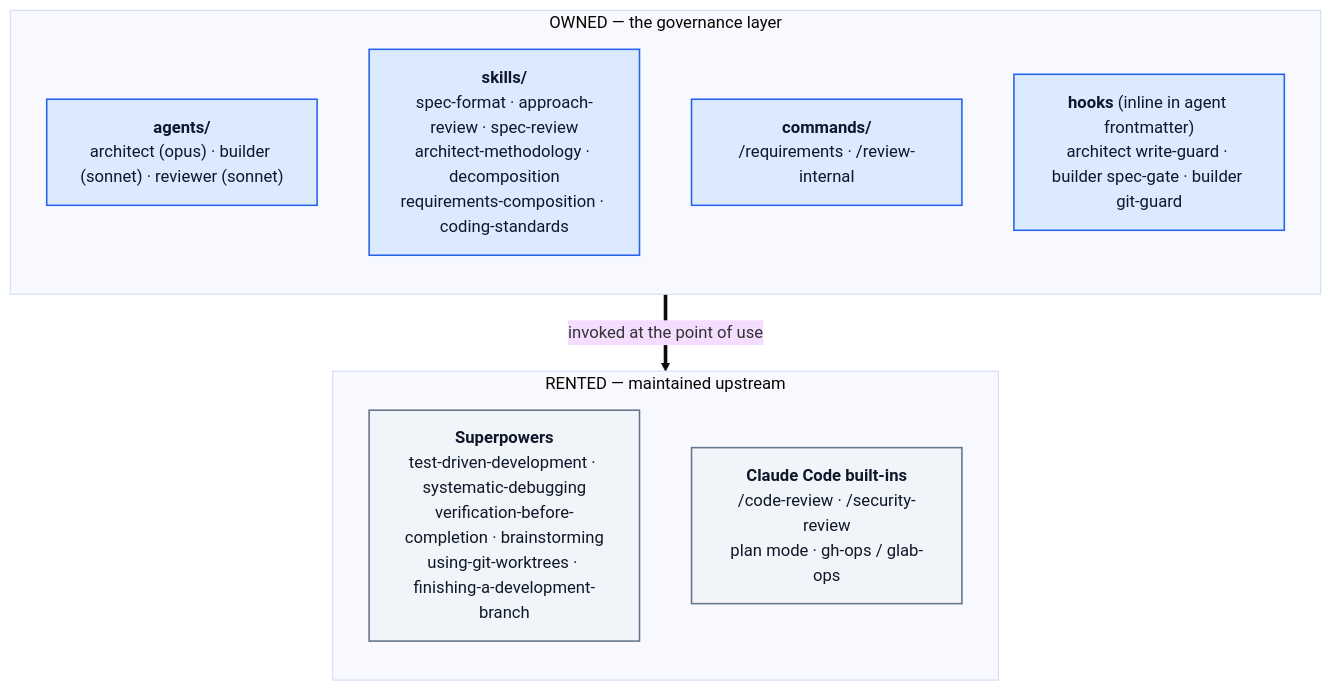
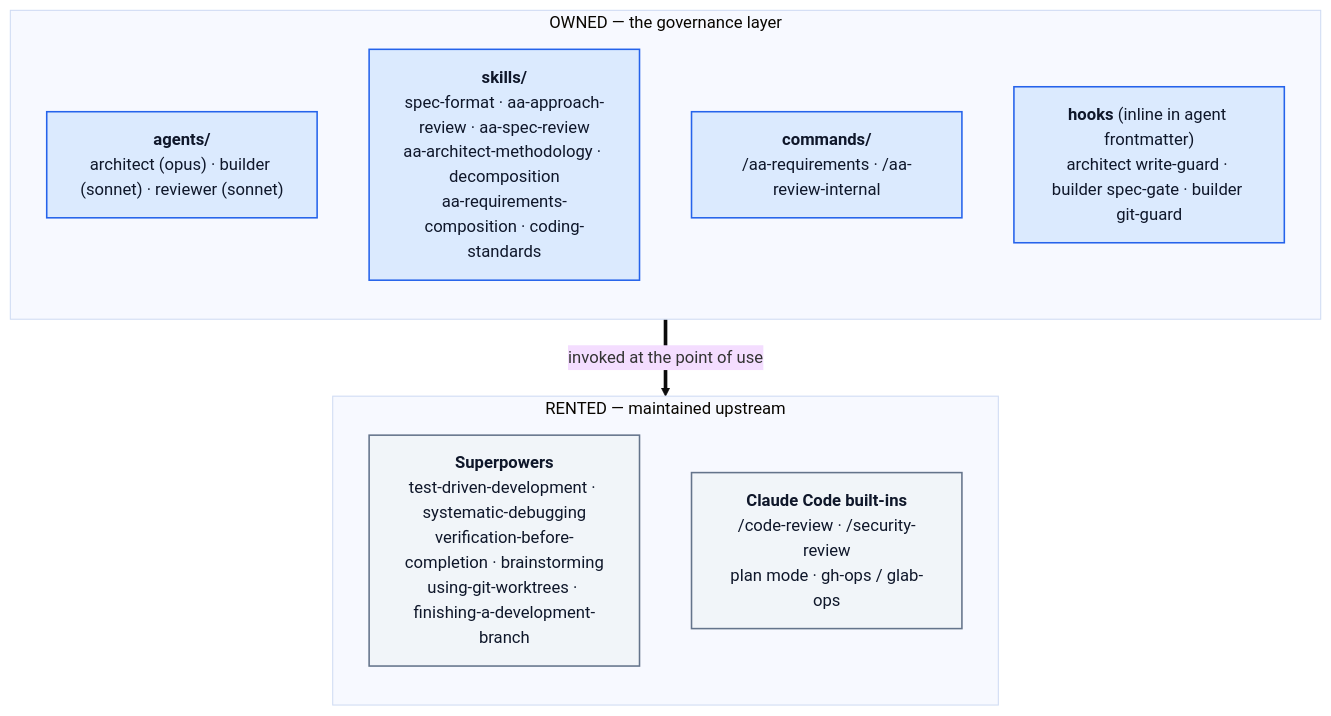
Before and after one commit to AmirAnckonina/aa-agentic-workflow: the diagram in docs/DESIGN.md, drawn with Mermaid (base theme). The commit also changed other lines of this file and 20 other files, not shown here.

First line of the commit message:
Rename all commands and user-invocable skills to aa- prefix

````diff
--- a/docs/DESIGN.md
+++ b/docs/DESIGN.md
@@ -44,23 +44,23 @@
 ```mermaid
 flowchart TB
     subgraph OWN["OWNED — the governance layer"]
         direction TB
         AG["<b>agents/</b><br/>architect (opus) · builder (sonnet) · reviewer (sonnet)"]
-        SK["<b>skills/</b><br/>spec-format · approach-review · spec-review<br/>architect-methodology · decomposition<br/>requirements-composition · coding-standards"]
-        CM["<b>commands/</b><br/>/requirements · /review-internal"]
+        SK["<b>skills/</b><br/>spec-format · aa-approach-review · aa-spec-review<br/>aa-architect-methodology · decomposition<br/>aa-requirements-composition · coding-standards"]
+        CM["<b>commands/</b><br/>/aa-requirements · /aa-review-internal"]
         HK["<b>hooks</b> (inline in agent frontmatter)<br/>architect write-guard · builder spec-gate · builder git-guard"]
     end
 
     subgraph RENT["RENTED — maintained upstream"]
         direction TB
         SP["<b>Superpowers</b><br/>test-driven-development · systematic-debugging<br/>verification-before-completion · brainstorming<br/>using-git-worktrees · finishing-a-development-branch"]
         BI["<b>Claude Code built-ins</b><br/>/code-review · /security-review<br/>plan mode · gh-ops / glab-ops"]
     end
 
     OWN ==>|"invoked at the point of use"| RENT
 
     classDef own fill:#dbeafe,stroke:#2563eb,stroke-width:1.5px,color:#0f172a
     classDef rent fill:#f1f5f9,stroke:#64748b,stroke-width:1.5px,color:#0f172a
     class AG,SK,CM,HK own
     class SP,BI rent
 ```
````
